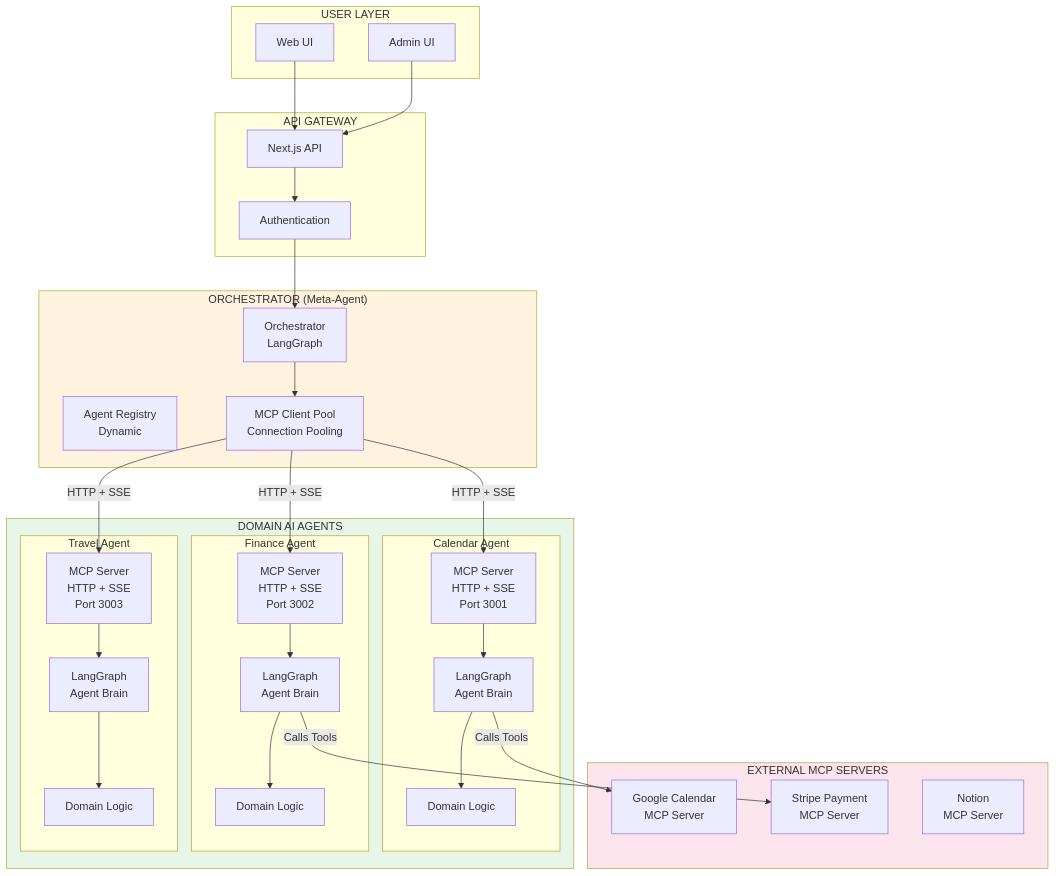
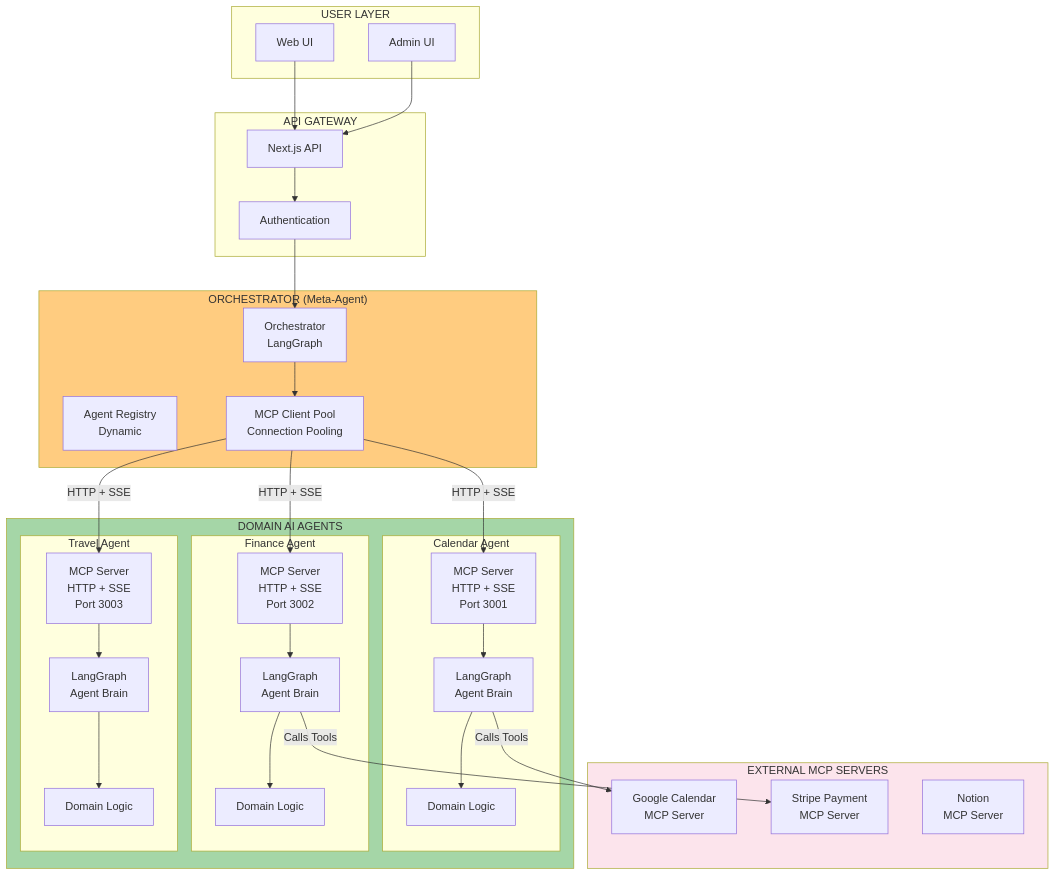
One commit to y-core-engineering/fidus changed the first of 7 diagrams in docs/solution-architecture/04-integration-architecture.md. Above: the diagram before and after it, drawn with Mermaid. The commit also changed other lines of this file and 26 other files, not shown here.

First line of the commit message:
feat: add comprehensive UX/UI design docs and Mermaid validation (#6)

````diff
--- a/docs/solution-architecture/04-integration-architecture.md
+++ b/docs/solution-architecture/04-integration-architecture.md
@@ -45,70 +45,70 @@
 ```mermaid
 graph TB
     subgraph User["USER LAYER"]
         WebUI[Web UI]
         AdminUI[Admin UI]
     end
 
     subgraph API["API GATEWAY"]
         NextJS[Next.js API]
         Auth[Authentication]
     end
 
     subgraph Core["ORCHESTRATOR (Meta-Agent)"]
         Orch[Orchestrator<br/>LangGraph]
         Registry[Agent Registry<br/>Dynamic]
         MCPPool[MCP Client Pool<br/>Connection Pooling]
     end
 
     subgraph Agents["DOMAIN AI AGENTS"]
         subgraph CalAgent["Calendar Agent"]
             CalMCP[MCP Server<br/>HTTP + SSE<br/>Port 3001]
             CalLG[LangGraph<br/>Agent Brain]
             CalDomain[Domain Logic]
         end
 
         subgraph FinAgent["Finance Agent"]
             FinMCP[MCP Server<br/>HTTP + SSE<br/>Port 3002]
             FinLG[LangGraph<br/>Agent Brain]
             FinDomain[Domain Logic]
         end
 
         subgraph TravelAgent["Travel Agent"]
             TravelMCP[MCP Server<br/>HTTP + SSE<br/>Port 3003]
             TravelLG[LangGraph<br/>Agent Brain]
             TravelDomain[Domain Logic]
         end
     end
 
     subgraph External["EXTERNAL MCP SERVERS"]
         GoogleMCP[Google Calendar<br/>MCP Server]
         StripeMCP[Stripe Payment<br/>MCP Server]
         NotionMCP[Notion<br/>MCP Server]
     end
 
     WebUI --> NextJS
     AdminUI --> NextJS
     NextJS --> Auth
     Auth --> Orch
 
     Orch --> MCPPool
     MCPPool -->|HTTP + SSE| CalMCP
     MCPPool -->|HTTP + SSE| FinMCP
     MCPPool -->|HTTP + SSE| TravelMCP
 
     CalMCP --> CalLG
     CalLG --> CalDomain
 
     FinMCP --> FinLG
     FinLG --> FinDomain
 
     TravelMCP --> TravelLG
     TravelLG --> TravelDomain
 
     CalLG -->|Calls Tools| GoogleMCP
     FinLG -->|Calls Tools| StripeMCP
 
-    style Core fill:#fff3e0
-    style Agents fill:#e8f5e9
+    style Core fill:#ffcc80
+    style Agents fill:#a5d6a7
     style External fill:#fce4ec
 ```
````
